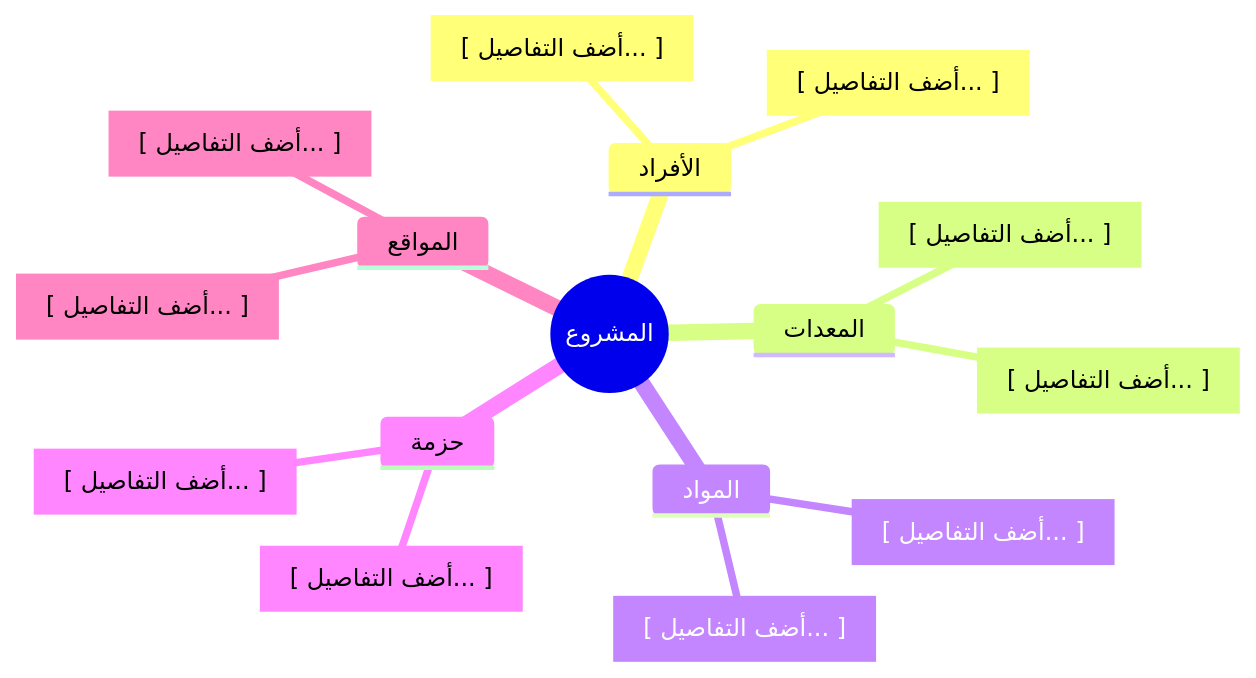
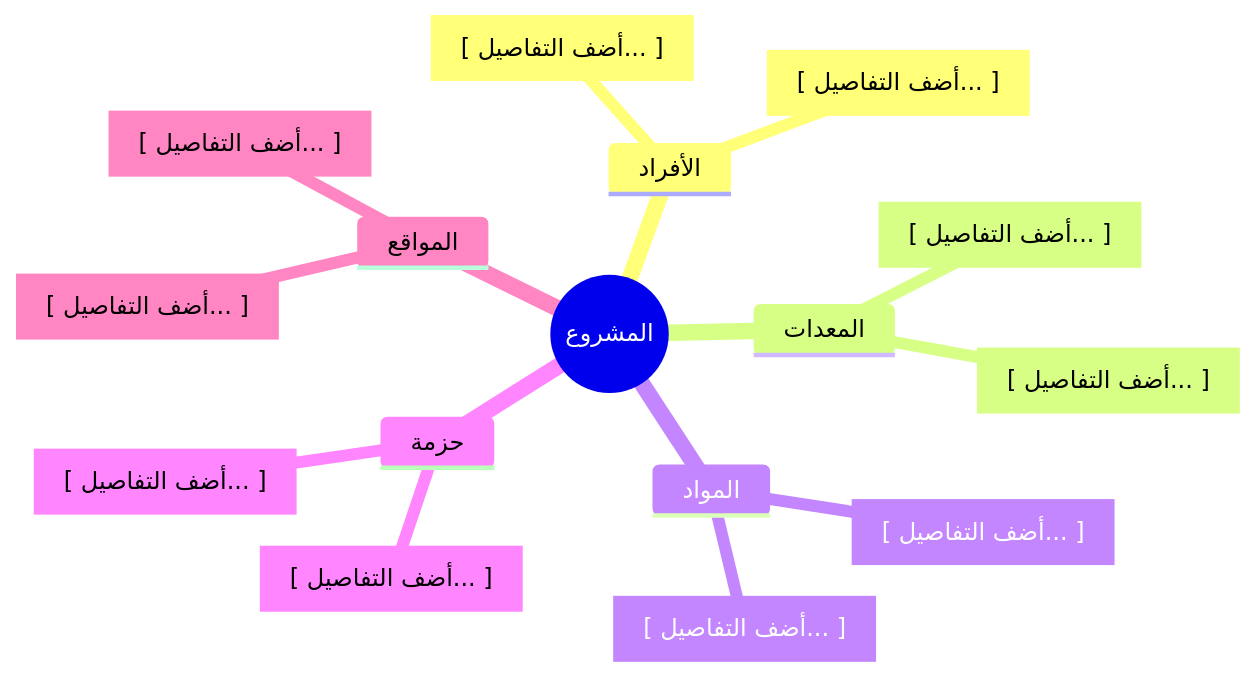
Before and after one commit to fakhruldeen/Tasleemat: the diagram in forms/ar/04_التخطيط/06_الموارد/03_هيكل_تجزئة_الموارد_(RBS)/04_06_03_هيكل_تجزئة_الموارد_(RBS)_قالب.md, drawn with Mermaid. The commit also changed other lines of this file and 376 other files, not shown here.

````diff
--- a/forms/ar/04_التخطيط/06_الموارد/03_هيكل_تجزئة_الموارد_(RBS)/04_06_03_هيكل_تجزئة_الموارد_(RBS)_قالب.md
+++ b/forms/ar/04_التخطيط/06_الموارد/03_هيكل_تجزئة_الموارد_(RBS)/04_06_03_هيكل_تجزئة_الموارد_(RBS)_قالب.md
@@ -73,19 +73,19 @@
 ```mermaid
 mindmap
-  root((المشروع))
-    الأفراد
-      PlaceholderP1["[ أضف التفاصيل... ]"]
-      PlaceholderP2["[ أضف التفاصيل... ]"]
-    المعدات
-      PlaceholderE1["[ أضف التفاصيل... ]"]
-      PlaceholderE2["[ أضف التفاصيل... ]"]
-    المواد
-      PlaceholderM1["[ أضف التفاصيل... ]"]
-      PlaceholderM2["[ أضف التفاصيل... ]"]
-    حزمة
-      PlaceholderS1["[ أضف التفاصيل... ]"]
-      PlaceholderS2["[ أضف التفاصيل... ]"]
-    المواقع
-      PlaceholderL1["[ أضف التفاصيل... ]"]
-      PlaceholderL2["[ أضف التفاصيل... ]"]
+ root((المشروع))
+  الأفراد
+   PlaceholderP1["[ أضف التفاصيل... ]"]
+   PlaceholderP2["[ أضف التفاصيل... ]"]
+  المعدات
+   PlaceholderE1["[ أضف التفاصيل... ]"]
+   PlaceholderE2["[ أضف التفاصيل... ]"]
+  المواد
+   PlaceholderM1["[ أضف التفاصيل... ]"]
+   PlaceholderM2["[ أضف التفاصيل... ]"]
+  حزمة
+   PlaceholderS1["[ أضف التفاصيل... ]"]
+   PlaceholderS2["[ أضف التفاصيل... ]"]
+  المواقع
+   PlaceholderL1["[ أضف التفاصيل... ]"]
+   PlaceholderL2["[ أضف التفاصيل... ]"]
 ```
````
